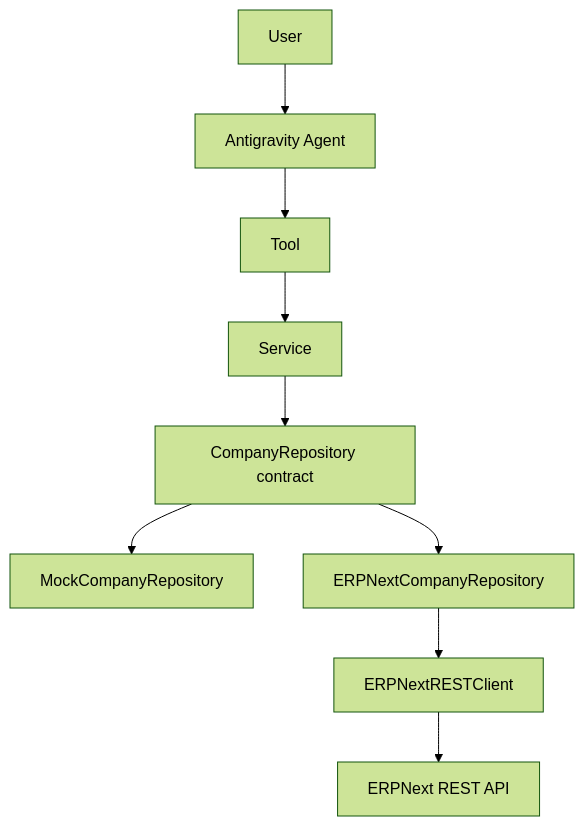
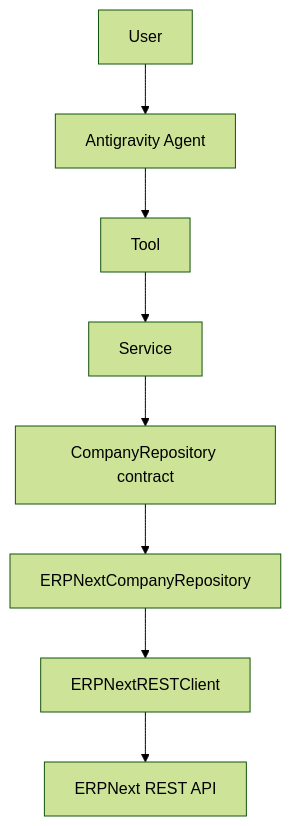
The first of 2 diagrams in docs/architecture/overview.md (dapgit/ERPNextAgent), drawn with Mermaid (forest theme) before and after one commit. The commit also changed other lines of this file and 24 other files, not shown here.

````diff
--- a/docs/architecture/overview.md
+++ b/docs/architecture/overview.md
@@ -14,11 +14,10 @@
 ```mermaid
 flowchart TD
   U[User] --> A[Antigravity Agent]
   A --> T[Tool]
   T --> S[Service]
   S --> C[CompanyRepository contract]
-  C --> M[MockCompanyRepository]
   C --> R[ERPNextCompanyRepository]
   R --> H[ERPNextRESTClient]
   H --> E[ERPNext REST API]
 ```
````
